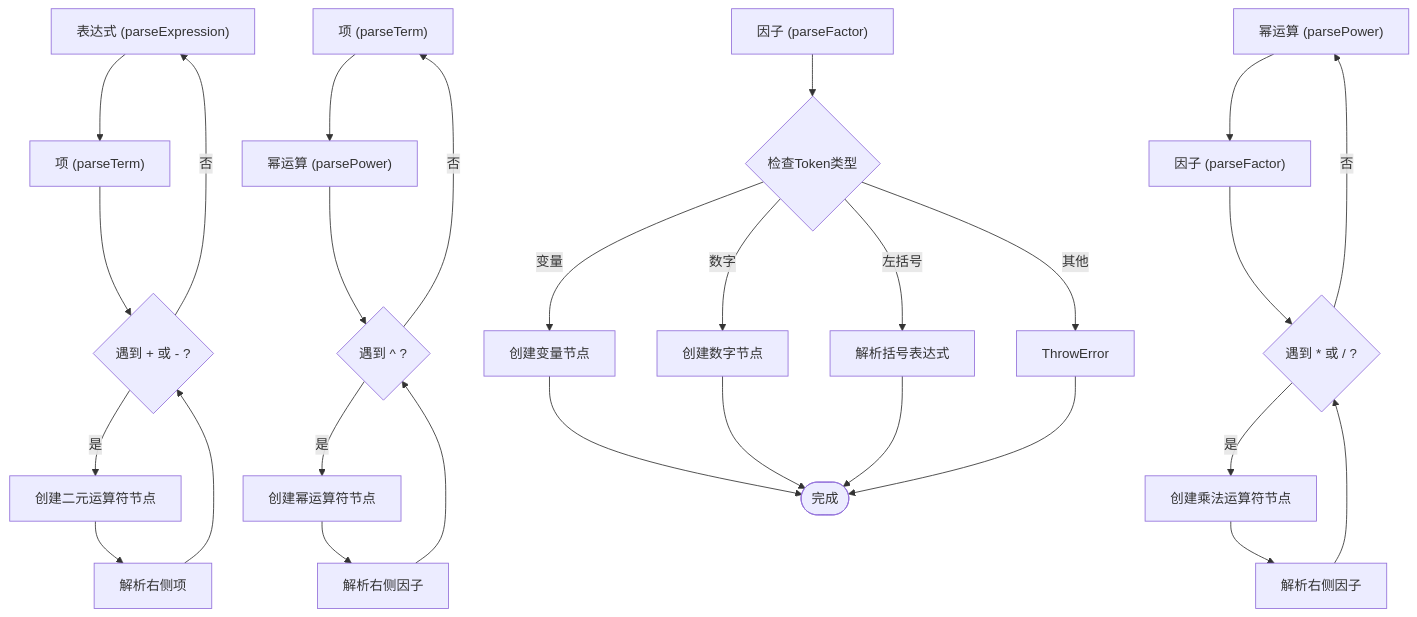
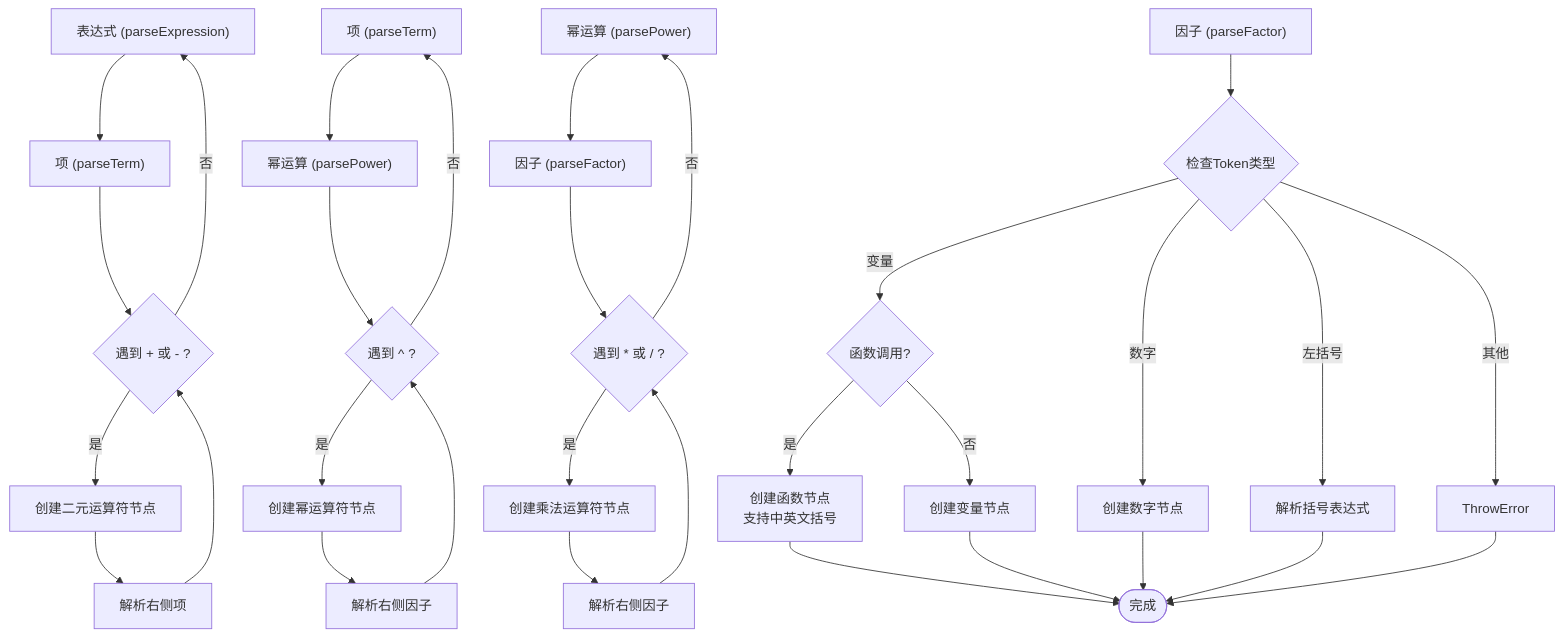
One commit to steveyu2/formula-mapper changed the fifth of 7 diagrams in .qoder/repowiki/zh/content/开发者指南/核心模块实现/公式解析器.md. Above: the diagram before and after it, drawn with Mermaid. The commit also changed other lines of this file and 19 other files, not shown here.

````diff
--- a/.qoder/repowiki/zh/content/开发者指南/核心模块实现/公式解析器.md
+++ b/.qoder/repowiki/zh/content/开发者指南/核心模块实现/公式解析器.md
@@ -218,30 +230,33 @@
 ```mermaid
 flowchart TD
 Expression["表达式 (parseExpression)"] --> Term1["项 (parseTerm)"]
 Term1 --> CheckOp1{"遇到 + 或 - ?"}
 CheckOp1 --> |是| AddOp1["创建二元运算符节点"]
 CheckOp1 --> |否| Expression
 AddOp1 --> Term2["解析右侧项"]
 Term2 --> CheckOp1
 Term["项 (parseTerm)"] --> Power1["幂运算 (parsePower)"]
 Power1 --> CheckOp2{"遇到 ^ ?"}
 CheckOp2 --> |是| AddOp2["创建幂运算符节点"]
 CheckOp2 --> |否| Term
 AddOp2 --> Power2["解析右侧因子"]
 Power2 --> CheckOp2
 Power["幂运算 (parsePower)"] --> Factor1["因子 (parseFactor)"]
 Factor1 --> CheckOp3{"遇到 * 或 / ?"}
 CheckOp3 --> |是| AddOp3["创建乘法运算符节点"]
 CheckOp3 --> |否| Power
 AddOp3 --> Factor2["解析右侧因子"]
 Factor2 --> CheckOp3
 Factor["因子 (parseFactor)"] --> CheckType{"检查Token类型"}
-CheckType --> |变量| CreateVar["创建变量节点"]
+CheckType --> |变量| CheckFunction{"函数调用?"}
 CheckType --> |数字| CreateNum["创建数字节点"]
 CheckType --> |左括号| ParseParen["解析括号表达式"]
 CheckType --> |其他| ThrowError
-CreateVar --> Done([完成])
+CheckFunction --> |是| CreateFunc["创建函数节点<br/>支持中英文括号"]
+CheckFunction --> |否| CreateVar["创建变量节点"]
+CreateFunc --> Done([完成])
+CreateVar --> Done
 CreateNum --> Done
 ParseParen --> Done
 ThrowError --> Done
 ```
````
